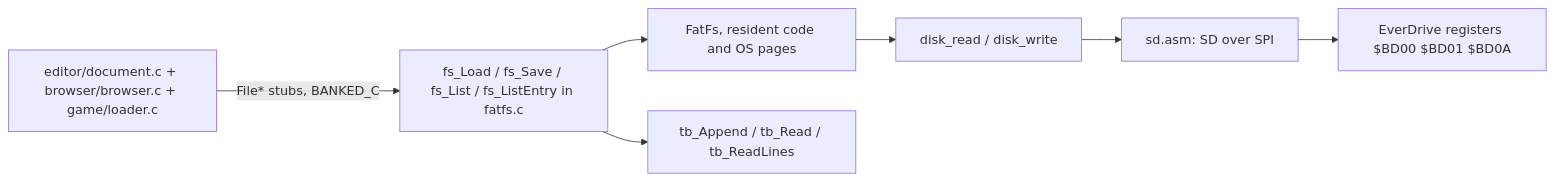
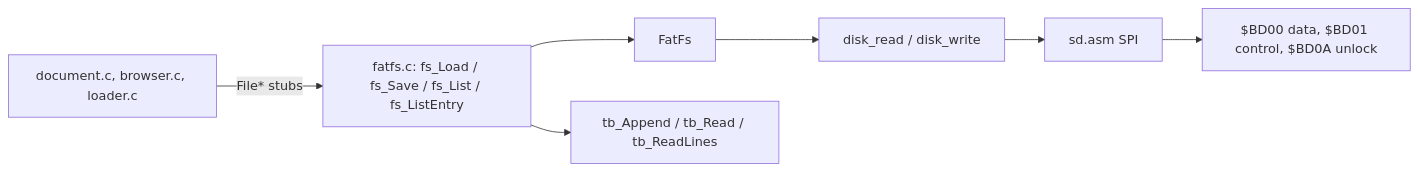
One commit to Q-Bert-Reynolds/fatpak changed the third of 3 diagrams in notes/ARCHITECTURE.md. Above: the diagram before and after it, drawn with Mermaid. The commit also changed other lines of this file and 18 other files, not shown here.

````diff
--- a/notes/ARCHITECTURE.md
+++ b/notes/ARCHITECTURE.md
@@ -307,9 +386,7 @@
 ```mermaid
 flowchart LR
-  editorc[editor/document.c + browser/browser.c + game/loader.c] -->|File* stubs, BANKED_C| api[fs_Load / fs_Save / fs_List / fs_ListEntry in fatfs.c]
-  api --> ff[FatFs, resident code and OS pages]
-  ff --> glue[disk_read / disk_write]
-  glue --> sd[sd.asm: SD over SPI]
-  sd --> regs[EverDrive registers $BD00 $BD01 $BD0A]
+  callers[document.c, browser.c, loader.c] -->|File* stubs| api[fatfs.c: fs_Load / fs_Save / fs_List / fs_ListEntry]
+  api --> ff[FatFs] --> glue[disk_read / disk_write] --> sd[sd.asm SPI]
+  sd --> regs[$BD00 data, $BD01 control, $BD0A unlock]
   api --> tb[tb_Append / tb_Read / tb_ReadLines]
 ```
````
